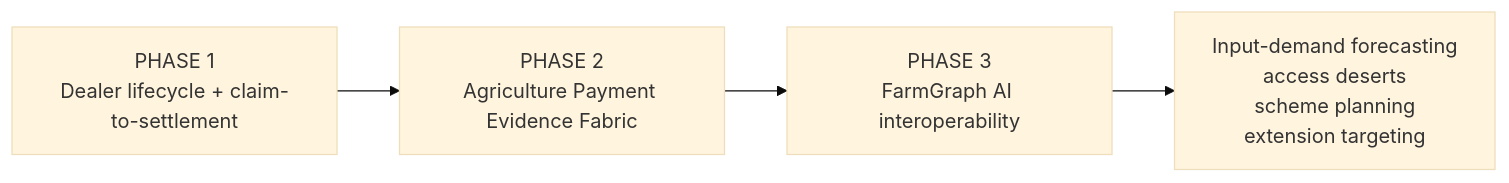
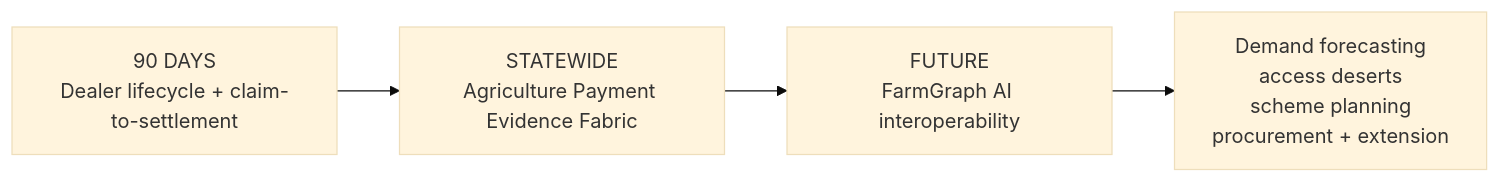
The fourth of 4 diagrams in README.md (Sauravssoni/RIC-Dealer-Management-System), drawn with Mermaid (base theme) before and after one commit. The commit also changed other lines of this file, not shown here.

````diff
--- a/README.md
+++ b/README.md
@@ -185,6 +239,6 @@
 ```mermaid
 flowchart LR
-    P1[PHASE 1\nDealer lifecycle + claim-to-settlement] --> P2[PHASE 2\nAgriculture Payment Evidence Fabric]
-    P2 --> P3[PHASE 3\nFarmGraph AI interoperability]
-    P3 --> OUT[Input-demand forecasting\naccess deserts\nscheme planning\nextension targeting]
+    P1[90 DAYS\nDealer lifecycle + claim-to-settlement] --> P2[STATEWIDE\nAgriculture Payment Evidence Fabric]
+    P2 --> P3[FUTURE\nFarmGraph AI interoperability]
+    P3 --> OUT[Demand forecasting\naccess deserts\nscheme planning\nprocurement + extension]
 ```
````
